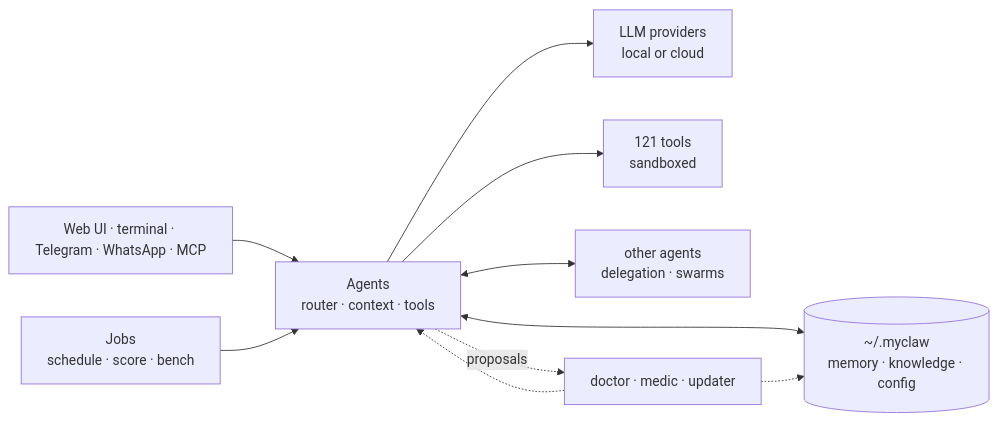
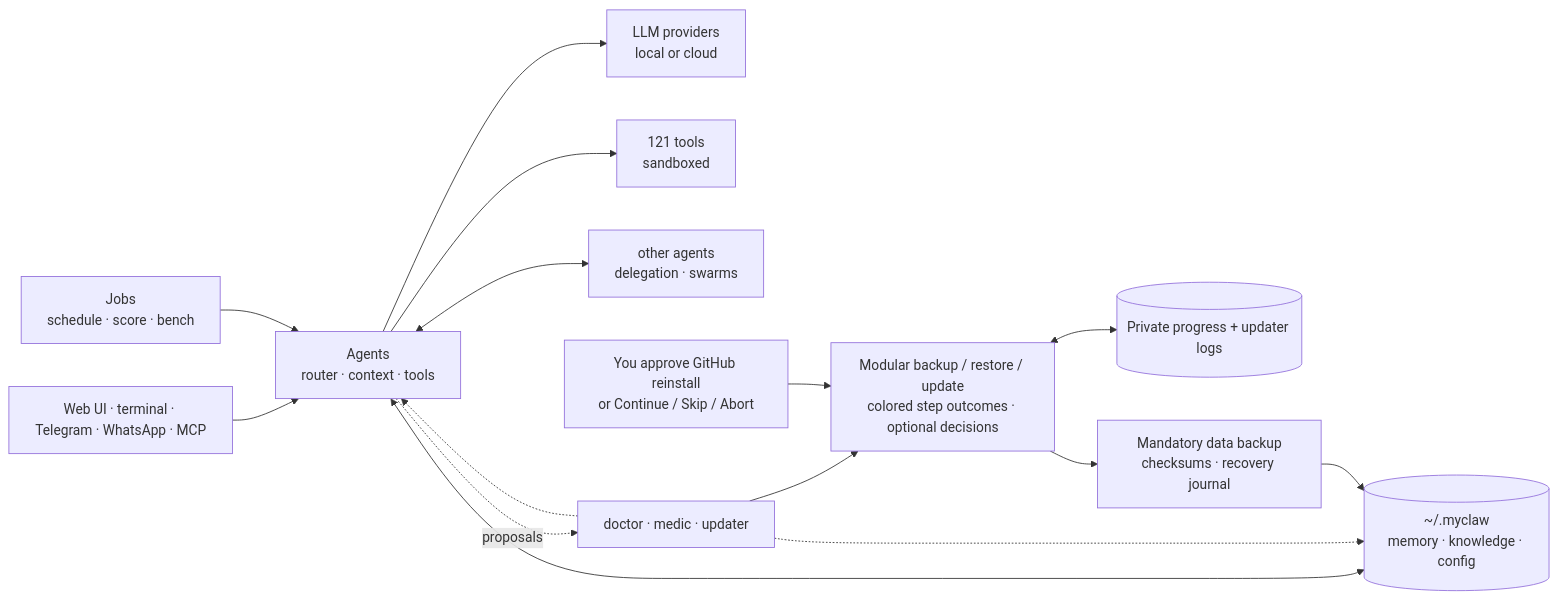
One commit to adrianx26/zensynora changed the diagram in README.md. Above: the diagram before and after it, drawn with Mermaid. The commit also changed other lines of this file and 67 other files, not shown here.

````diff
--- a/README.md
+++ b/README.md
@@ -238,11 +249,16 @@
 ```mermaid
 flowchart LR
     ui["Web UI · terminal · Telegram · WhatsApp · MCP"] --> agent["Agents<br/>router · context · tools"]
     agent --> llm["LLM providers<br/>local or cloud"]
     agent --> tools["121 tools<br/>sandboxed"]
     agent <--> state[("~/.myclaw<br/>memory · knowledge · config")]
     agent <--> agent2["other agents<br/>delegation · swarms"]
     jobs["Jobs<br/>schedule · score · bench"] --> agent
     ops["doctor · medic · updater"] -.-> agent & state
+    ops --> maintenance["Modular backup / restore / update<br/>colored step outcomes · optional decisions"]
+    maintenance <--> progress[("Private progress + updater logs")]
+    user["You approve GitHub reinstall<br/>or Continue / Skip / Abort"] --> maintenance
+    maintenance --> safety["Mandatory data backup<br/>checksums · recovery journal"]
+    safety --> state
     agent -. proposals .-> ops
 ```
````
